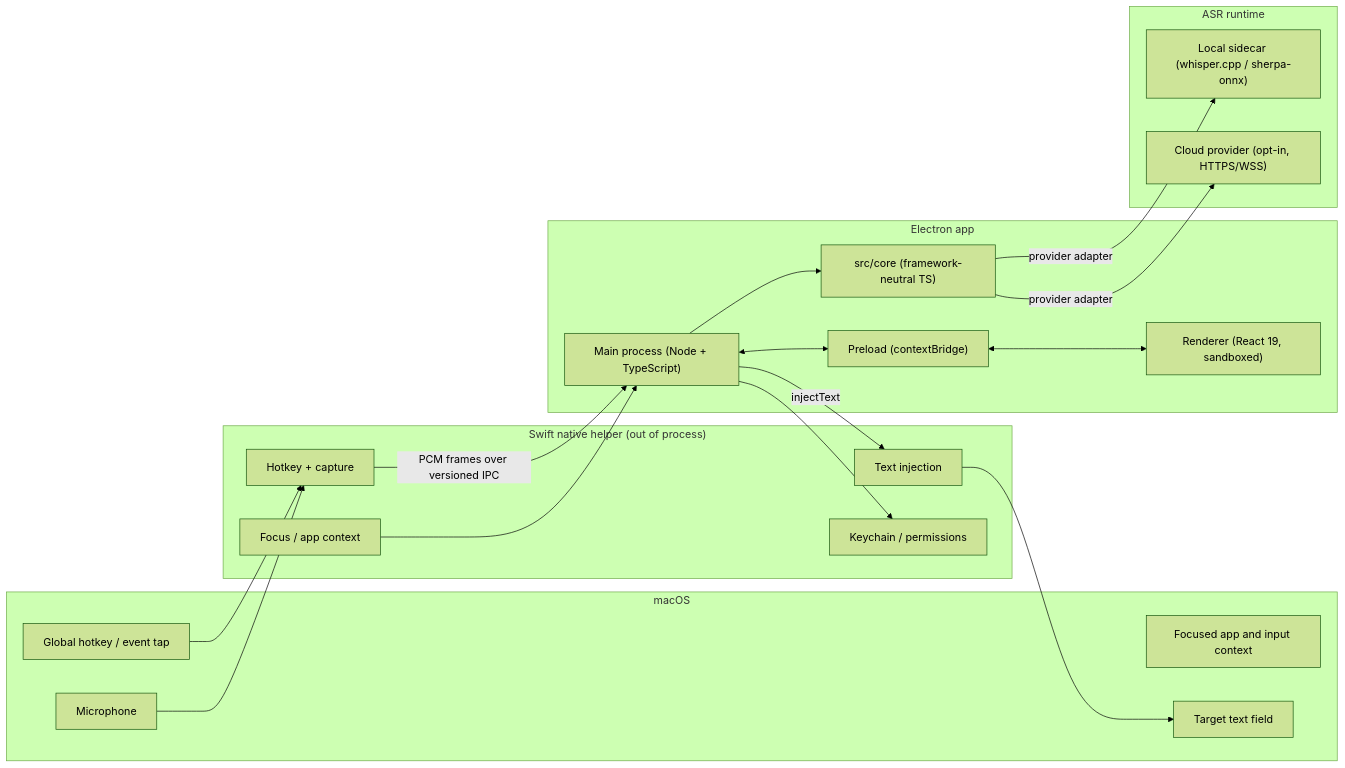
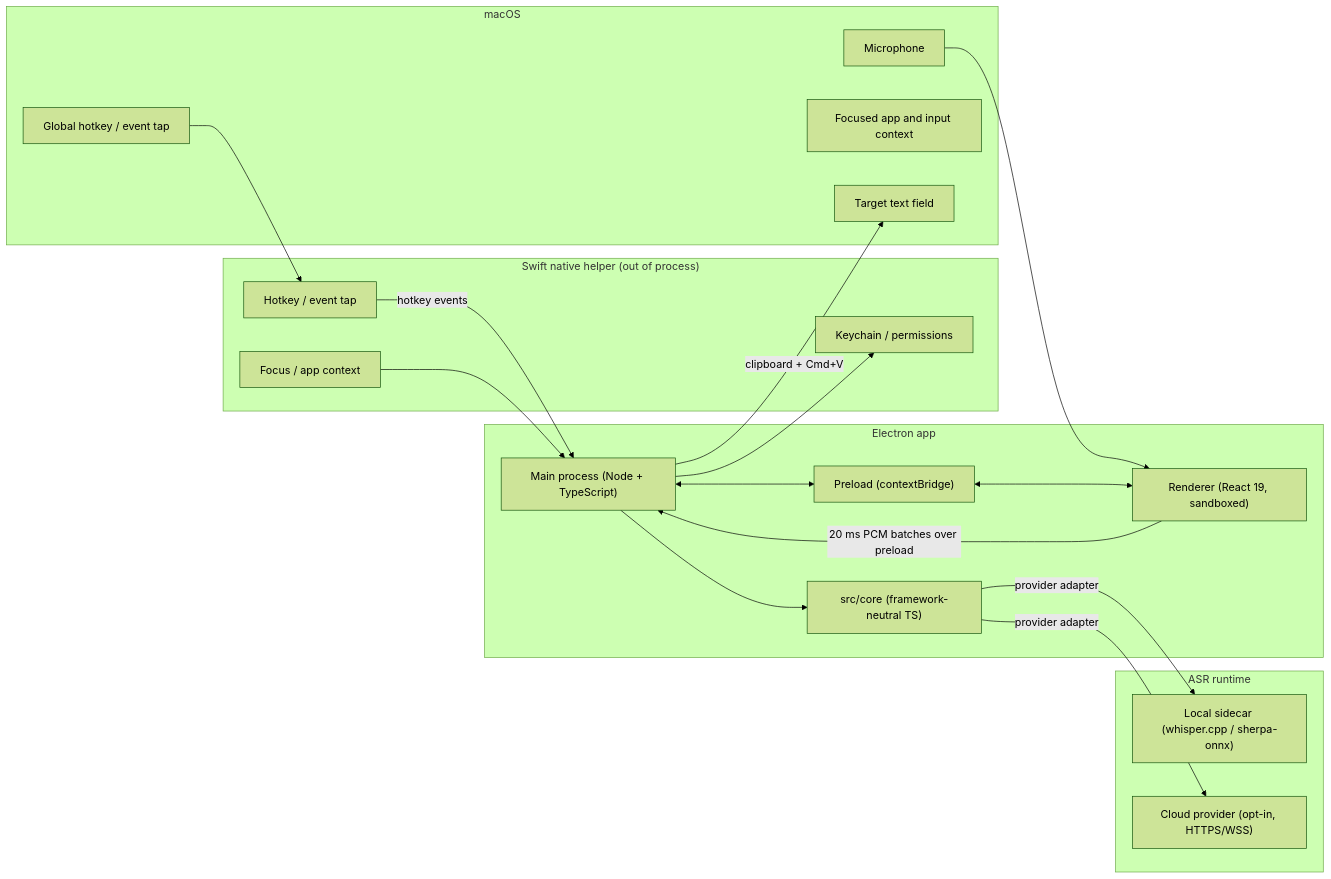
Before and after one commit to speakworks/justspeak: the first of 2 diagrams in docs/ARCHITECTURE.md, drawn with Mermaid (forest theme). The commit also changed other lines of this file and 6 other files, not shown here.

````diff
--- a/docs/ARCHITECTURE.md
+++ b/docs/ARCHITECTURE.md
@@ -37,41 +38,40 @@
 ```mermaid
 flowchart LR
   subgraph OS["macOS"]
     Hotkey["Global hotkey / event tap"]
     Mic["Microphone"]
     Focus["Focused app and input context"]
     Target["Target text field"]
   end
 
   subgraph Helper["Swift native helper (out of process)"]
-    H1["Hotkey + capture"]
+    H1["Hotkey / event tap"]
     H2["Focus / app context"]
-    H3["Text injection"]
     H4["Keychain / permissions"]
   end
 
   subgraph Electron["Electron app"]
     Main["Main process (Node + TypeScript)"]
     Core["src/core (framework-neutral TS)"]
     Preload["Preload (contextBridge)"]
     Renderer["Renderer (React 19, sandboxed)"]
   end
 
   subgraph ASR["ASR runtime"]
     Local["Local sidecar (whisper.cpp / sherpa-onnx)"]
     Cloud["Cloud provider (opt-in, HTTPS/WSS)"]
   end
 
   Hotkey --> H1
-  Mic --> H1
-  H1 -- "PCM frames over versioned IPC" --> Main
+  Mic --> Renderer
+  H1 -- "hotkey events" --> Main
+  Renderer -- "20 ms PCM batches over preload" --> Main
   Main --> Core
   Core -- "provider adapter" --> Local
   Core -- "provider adapter" --> Cloud
   H2 --> Main
-  Main -- "injectText" --> H3
-  H3 --> Target
+  Main -- "clipboard + Cmd+V" --> Target
   Main <--> Preload
   Preload <--> Renderer
   Main --> H4
 ```
````
